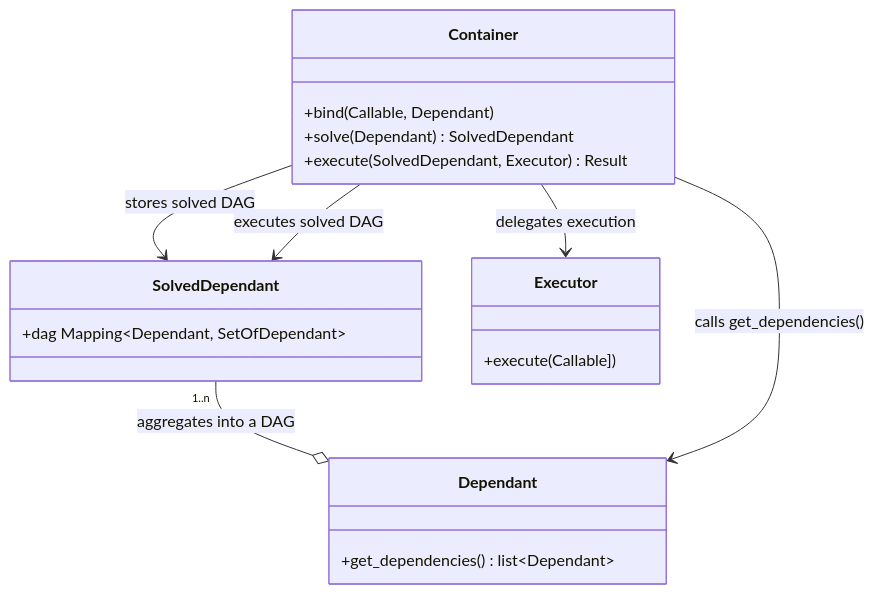
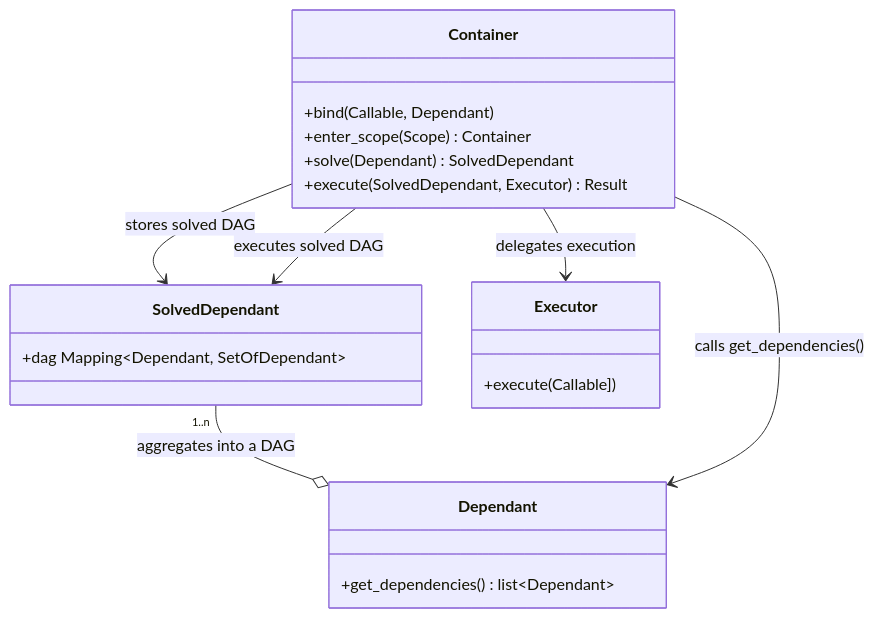
One commit to adriangb/di changed the diagram in docs/architecture.md. Above: the diagram before and after it, drawn with Mermaid. The commit also changed other lines of this file and 39 other files, not shown here.

````diff
--- a/docs/architecture.md
+++ b/docs/architecture.md
@@ -25,22 +26,23 @@
 ``` mermaid
 classDiagram
     SolvedDependant "1..n" --o Dependant: aggregates into a DAG
     Container --> Dependant: calls get_dependencies()
     Container --> Executor: delegates execution
     Container --> SolvedDependant: stores solved DAG
     Container --> SolvedDependant: executes solved DAG
     class Dependant{
       +get_dependencies() list~Dependant~
     }
     class SolvedDependant{
       +dag Mapping~Dependant, SetOfDependant~
     }
     class Executor{
       +execute(Callable])
     }
     class Container{
       +bind(Callable, Dependant)
+      +enter_scope(Scope) Container
       +solve(Dependant) SolvedDependant
       +execute(SolvedDependant, Executor) Result
     }
 ```
````
